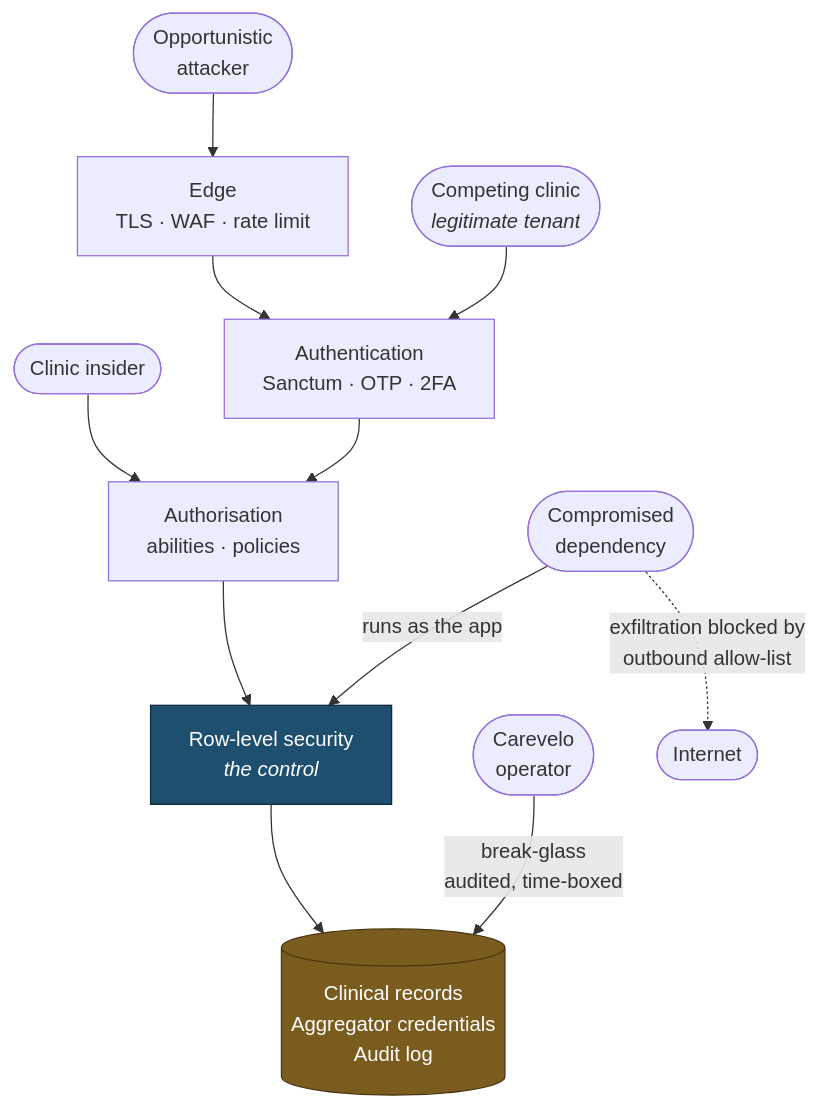
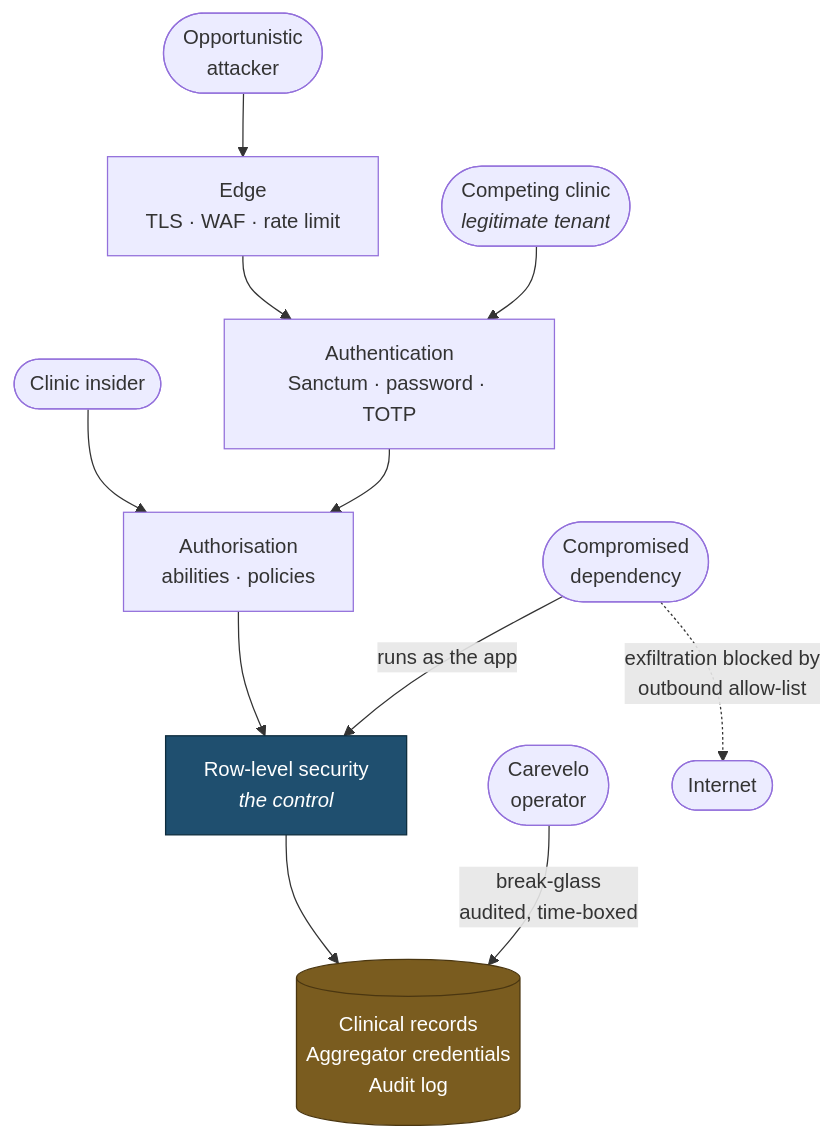
Before and after one commit to BAGOMBEKA-JOB-DEV/carevelo: the first of 2 diagrams in docs/50-security-compliance/threat-model.md, drawn with Mermaid. The commit also changed other lines of this file and 112 other files, not shown here.

````diff
--- a/docs/50-security-compliance/threat-model.md
+++ b/docs/50-security-compliance/threat-model.md
@@ -37,25 +37,25 @@
 ```mermaid
 flowchart TB
     OPP(["Opportunistic<br/>attacker"])
     COMP(["Competing clinic<br/><i>legitimate tenant</i>"])
     INS(["Clinic insider"])
     DEP(["Compromised<br/>dependency"])
     OPR(["Carevelo<br/>operator"])
 
     EDGE["Edge<br/>TLS · WAF · rate limit"]
-    AUTH["Authentication<br/>Sanctum · OTP · 2FA"]
+    AUTH["Authentication<br/>Sanctum · password · TOTP"]
     AUTHZ["Authorisation<br/>abilities · policies"]
     RLS["Row-level security<br/><i>the control</i>"]
     ASSETS[("Clinical records<br/>Aggregator credentials<br/>Audit log")]
 
     OPP --> EDGE --> AUTH
     COMP --> AUTH
     INS --> AUTHZ
     AUTH --> AUTHZ --> RLS --> ASSETS
     DEP -->|"runs as the app"| RLS
     OPR -->|"break-glass<br/>audited, time-boxed"| ASSETS
     DEP -.->|"exfiltration blocked by<br/>outbound allow-list"| OUT(["Internet"])
 
     style RLS fill:#1f4f6f,stroke:#0d2c3d,color:#fff
     style ASSETS fill:#7a5c1f,stroke:#4a3610,color:#fff
 ```
````
